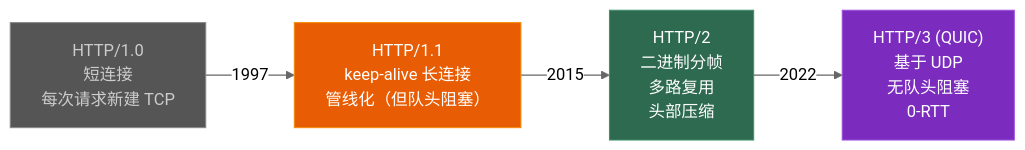
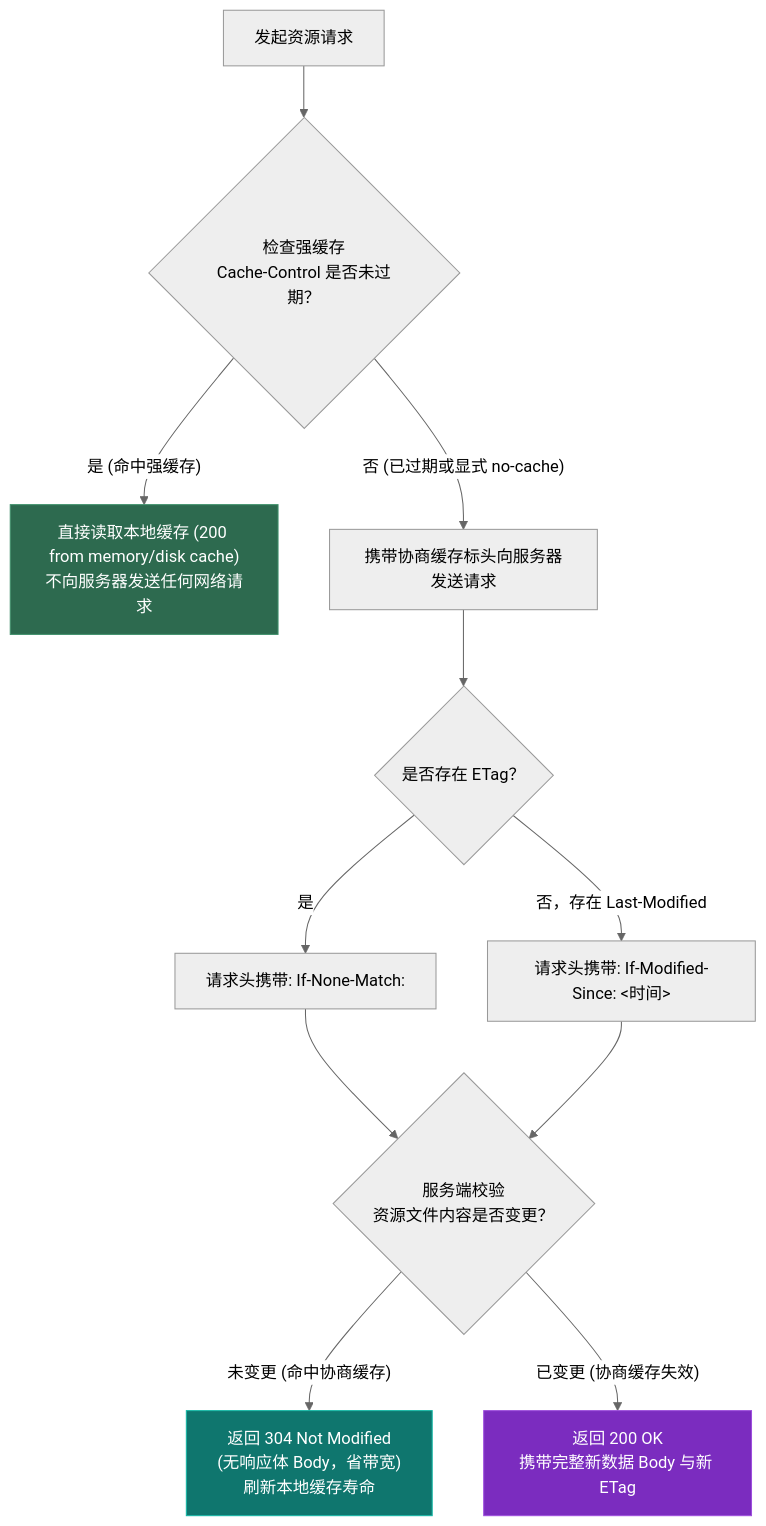
One commit to Lumivers/firefly changed the first of 3 diagrams in src/content/posts/network/04_http.md. Above: the diagram before and after it, drawn with Mermaid (neutral theme). The commit also changed other lines of this file and 18 other files, not shown here.

````diff
--- a/src/content/posts/network/04_http.md
+++ b/src/content/posts/network/04_http.md
@@ -40,16 +75,22 @@
 ```mermaid
-graph LR
-    h10["HTTP/1.0\n短连接\n每次请求新建 TCP"]
-    h11["HTTP/1.1\nkeep-alive 长连接\n管线化（但队头阻塞）"]
-    h2["HTTP/2\n二进制分帧\n多路复用\n头部压缩"]
-    h3["HTTP/3 (QUIC)\n基于 UDP\n无队头阻塞\n0-RTT"]
+graph TD
+    Start["发起资源请求"] --> Q1{"检查强缓存\nCache-Control 是否未过期？"}
+    
+    Q1 -->|"是 (命中强缓存)"| Local["直接读取本地缓存 (200 from memory/disk cache)\n不向服务器发送任何网络请求"]
+    
+    Q1 -->|"否 (已过期或显式 no-cache)"| Net["携带协商缓存标头向服务器发送请求"]
+    Net --> Q2{"是否存在 ETag？"}
+    
+    Q2 -->|"是"| S1["请求头携带: If-None-Match: <ETag>"]
+    Q2 -->|"否，存在 Last-Modified"| S2["请求头携带: If-Modified-Since: <时间>"]
+    
+    S1 --> Check{"服务端校验\n资源文件内容是否变更？"}
+    S2 --> Check
+    
+    Check -->|"未变更 (命中协商缓存)"| R304["返回 304 Not Modified\n(无响应体 Body，省带宽)\n刷新本地缓存寿命"]
+    Check -->|"已变更 (协商缓存失效)"| R200["返回 200 OK\n携带完整新数据 Body 与新 ETag"]
 
-    h10 -->|"1997"| h11
-    h11 -->|"2015"| h2
-    h2 -->|"2022"| h3
-
-    style h10 fill:#555,stroke:#888,color:#ccc
-    style h11 fill:#e85d04,stroke:#f48c06,color:white
-    style h2 fill:#2d6a4f,stroke:#40916c,color:white
-    style h3 fill:#7b2cbf,stroke:#9d4edd,color:white
+    style Local fill:#2d6a4f,stroke:#40916c,color:white
+    style R304 fill:#0f766e,stroke:#14b8a6,color:white
+    style R200 fill:#7b2cbf,stroke:#9d4edd,color:white
 ```
````
